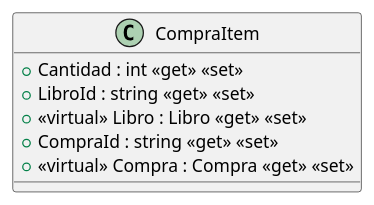
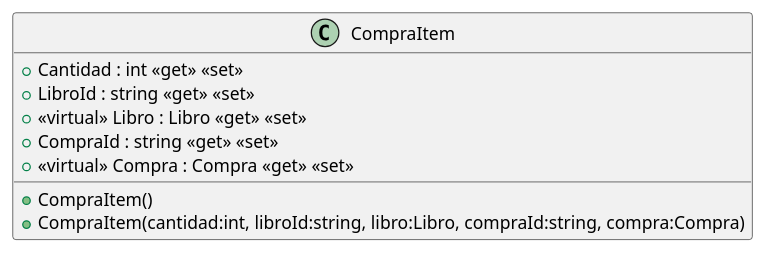
Before and after one commit to ISII2627JRJ/ISII2627JRJ: the diagram in src/AppForSEII.API/ClassDiagram/CompraItem.puml, drawn with PlantUML. The commit also changed 16 other files, not shown here.

First line of the commit message:
Constructores añadidos y diagramas uml actualizados (#48)

```diff
--- a/src/AppForSEII.API/ClassDiagram/CompraItem.puml
+++ b/src/AppForSEII.API/ClassDiagram/CompraItem.puml
@@ -1,9 +1,11 @@
 @startuml
 class CompraItem {
+    + CompraItem()
+    + CompraItem(cantidad:int, libroId:string, libro:Libro, compraId:string, compra:Compra)
     + Cantidad : int <<get>> <<set>>
     + LibroId : string <<get>> <<set>>
     + <<virtual>> Libro : Libro <<get>> <<set>>
     + CompraId : string <<get>> <<set>>
     + <<virtual>> Compra : Compra <<get>> <<set>>
 }
 @enduml
```
